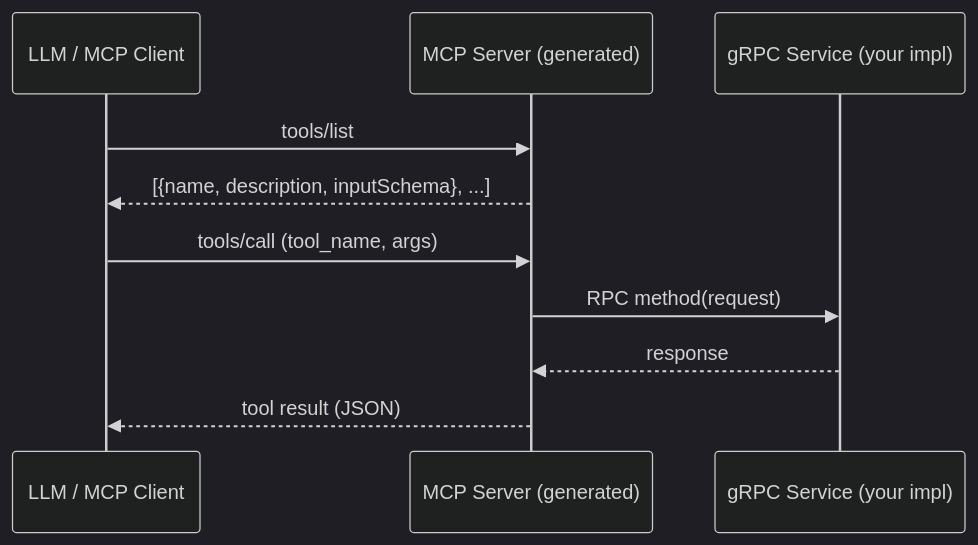
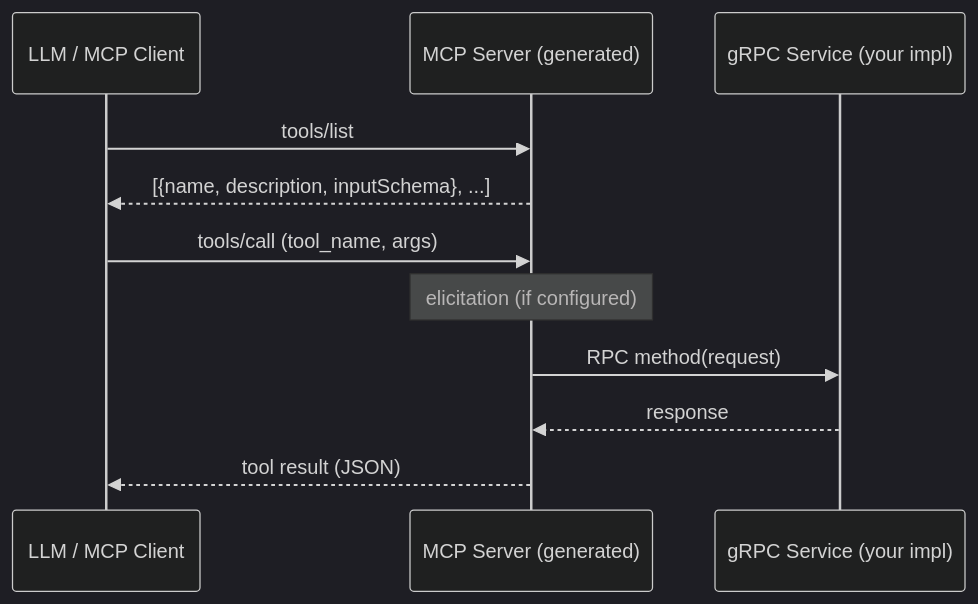
Before and after one commit to machanirobotics/grpc-mcp-gateway: the second of 2 diagrams in README.md, drawn with Mermaid (dark theme). The commit also changed other lines of this file and 120 other files, not shown here.

````diff
--- a/README.md
+++ b/README.md
@@ -28,13 +43,14 @@
 ```mermaid
 sequenceDiagram
     participant LLM as LLM / MCP Client
     participant MCP as MCP Server (generated)
     participant gRPC as gRPC Service (your impl)
 
     LLM->>MCP: tools/list
     MCP-->>LLM: [{name, description, inputSchema}, ...]
     LLM->>MCP: tools/call (tool_name, args)
+    Note over MCP: elicitation (if configured)
     MCP->>gRPC: RPC method(request)
     gRPC-->>MCP: response
     MCP-->>LLM: tool result (JSON)
 ```
````
